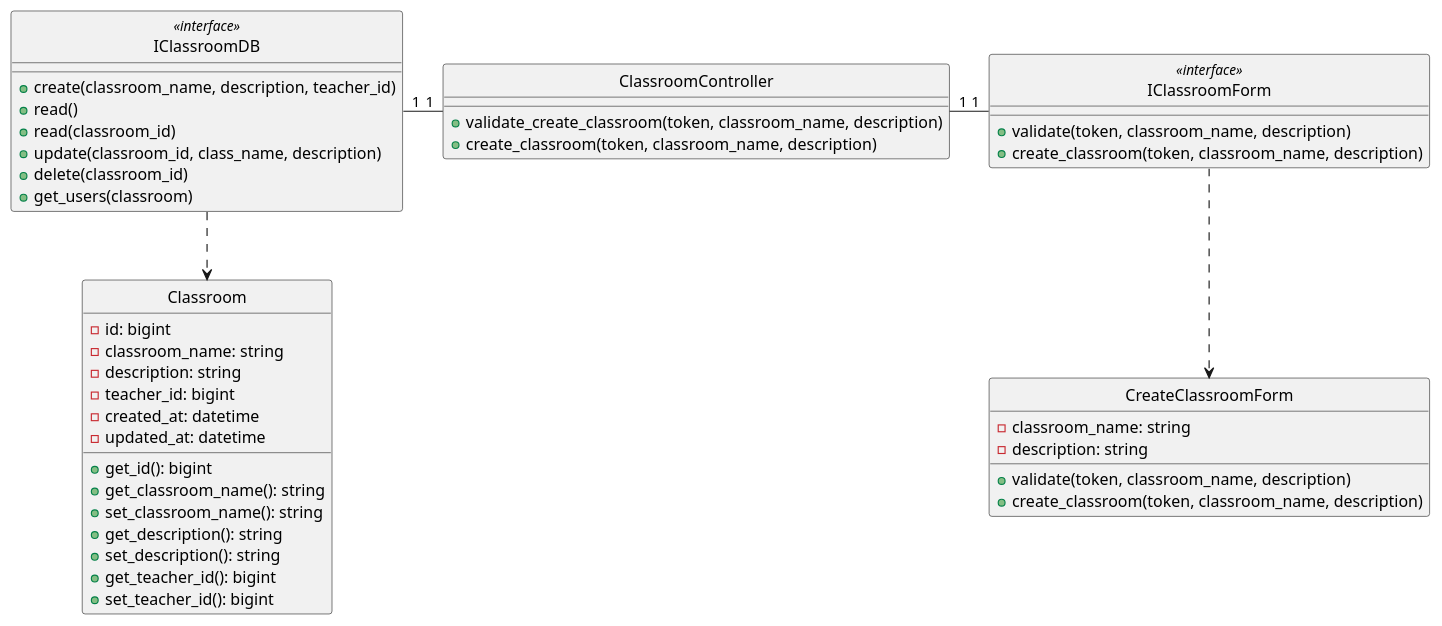
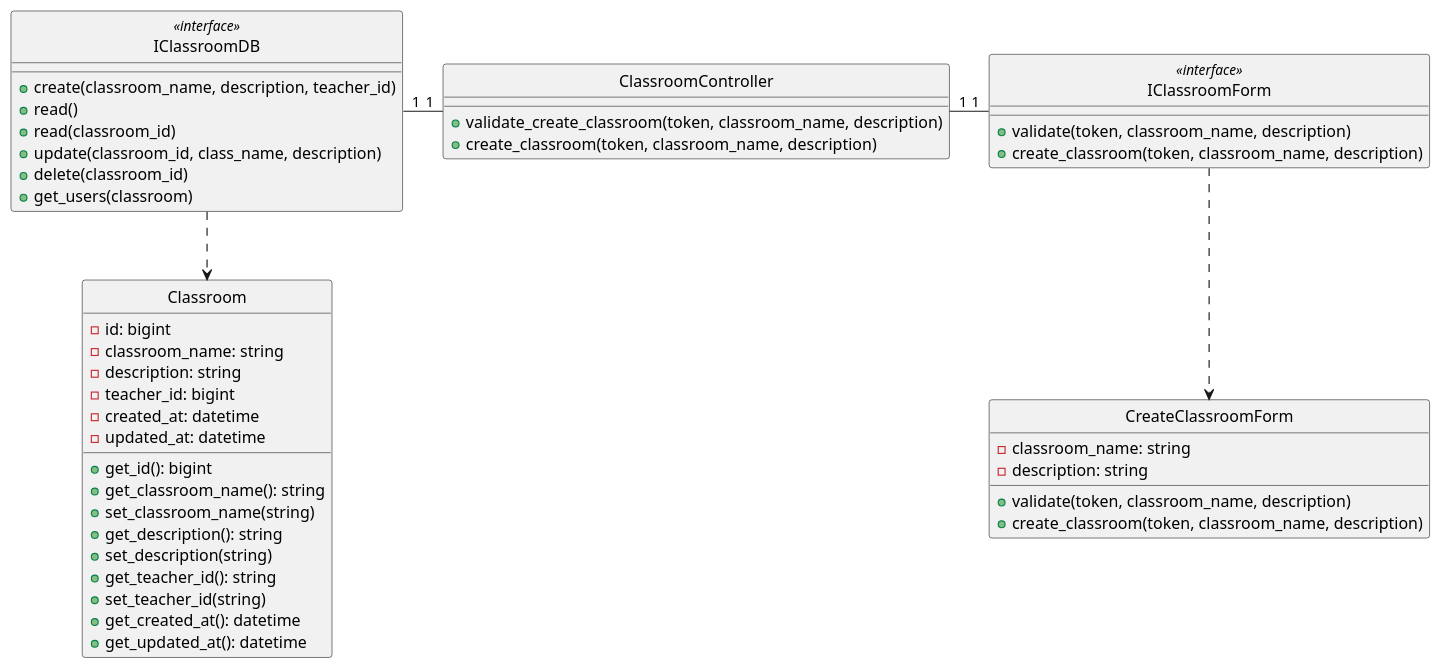
The diagram in class - design/classroom/createClass.plantuml (anonyhostvn/OOAD-Diagram), drawn with PlantUML before and after one commit. The commit also changed 3 other files, not shown here.

```diff
--- a/class - design/classroom/createClass.plantuml
+++ b/class - design/classroom/createClass.plantuml
@@ -1,59 +1,61 @@
 @startuml createClass
 
 class Classroom {
     - id: bigint
     - classroom_name: string
     - description: string
     - teacher_id: bigint
     - created_at: datetime
     - updated_at: datetime
 
     + get_id(): bigint
     + get_classroom_name(): string
-    + set_classroom_name(): string
+    + set_classroom_name(string)
     + get_description(): string
-    + set_description(): string
-    + get_teacher_id(): bigint
-    + set_teacher_id(): bigint
+    + set_description(string)
+    + get_teacher_id(): string
+    + set_teacher_id(string)
+    + get_created_at(): datetime
+    + get_updated_at(): datetime
 }
 
 class IClassroomDB <<interface>> {
     + create(classroom_name, description, teacher_id)
     + read()
     + read(classroom_id)
     + update(classroom_id, class_name, description)
     + delete(classroom_id)
     + get_users(classroom)
 }
 
 class CreateClassroomForm {
     - classroom_name: string
     - description: string
 
     + validate(token, classroom_name, description)
     + create_classroom(token, classroom_name, description)
 }
 
 class IClassroomForm <<interface>> {
     + validate(token, classroom_name, description)
     + create_classroom(token, classroom_name, description)
 }
 
 class ClassroomController {
     + validate_create_classroom(token, classroom_name, description)
     + create_classroom(token, classroom_name, description)
 }
 
 hide Classroom circle
 hide IClassroomDB <<interface>> circle
 hide CreateClassroomForm circle
 hide IClassroomForm <<interface>> circle
 hide ClassroomController circle
 
 IClassroomDB -down.> Classroom
 IClassroomForm .down.> CreateClassroomForm
 ClassroomController "1"-left-"1" IClassroomDB
 IClassroomForm "1"-left-"1" ClassroomController
 
 
 @enduml
```
